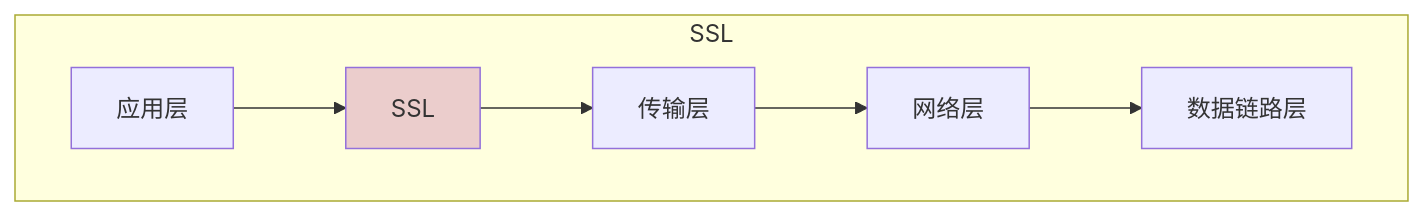
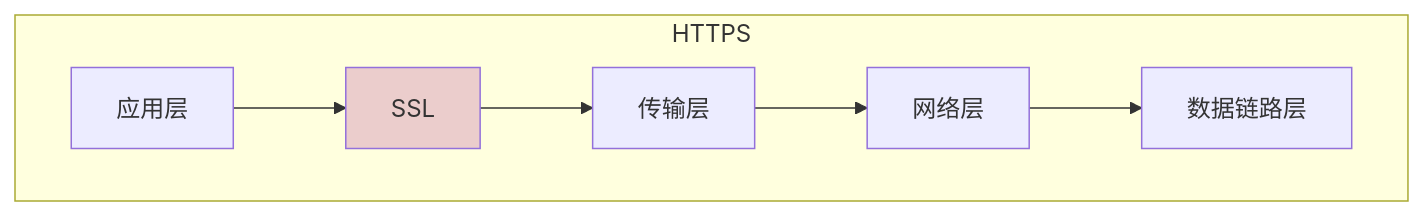
One commit to FrackCheung/study-notes changed the second of 5 diagrams in JavaScript语言笔记/Notes/JavaScript 网络技术.md. Above: the diagram before and after it, drawn with Mermaid. The commit also changed other lines of this file, not shown here.

````diff
--- a/JavaScript语言笔记/Notes/JavaScript 网络技术.md
+++ b/JavaScript语言笔记/Notes/JavaScript 网络技术.md
@@ -158,17 +162,9 @@
 ```mermaid
 graph
-A[应用层]
-B[SSL]
-C[传输层]
-D[网络层]
-E[数据链路层]
 
-subgraph SSL
-A --> B
-B --> C
-C --> D
-D --> E
+subgraph HTTPS
+应用层 --> SSL --> 传输层 --> 网络层 --> 数据链路层
 end
 
-style B fill:#EBCDCC
+style SSL fill:#EBCDCC
 ```
````
